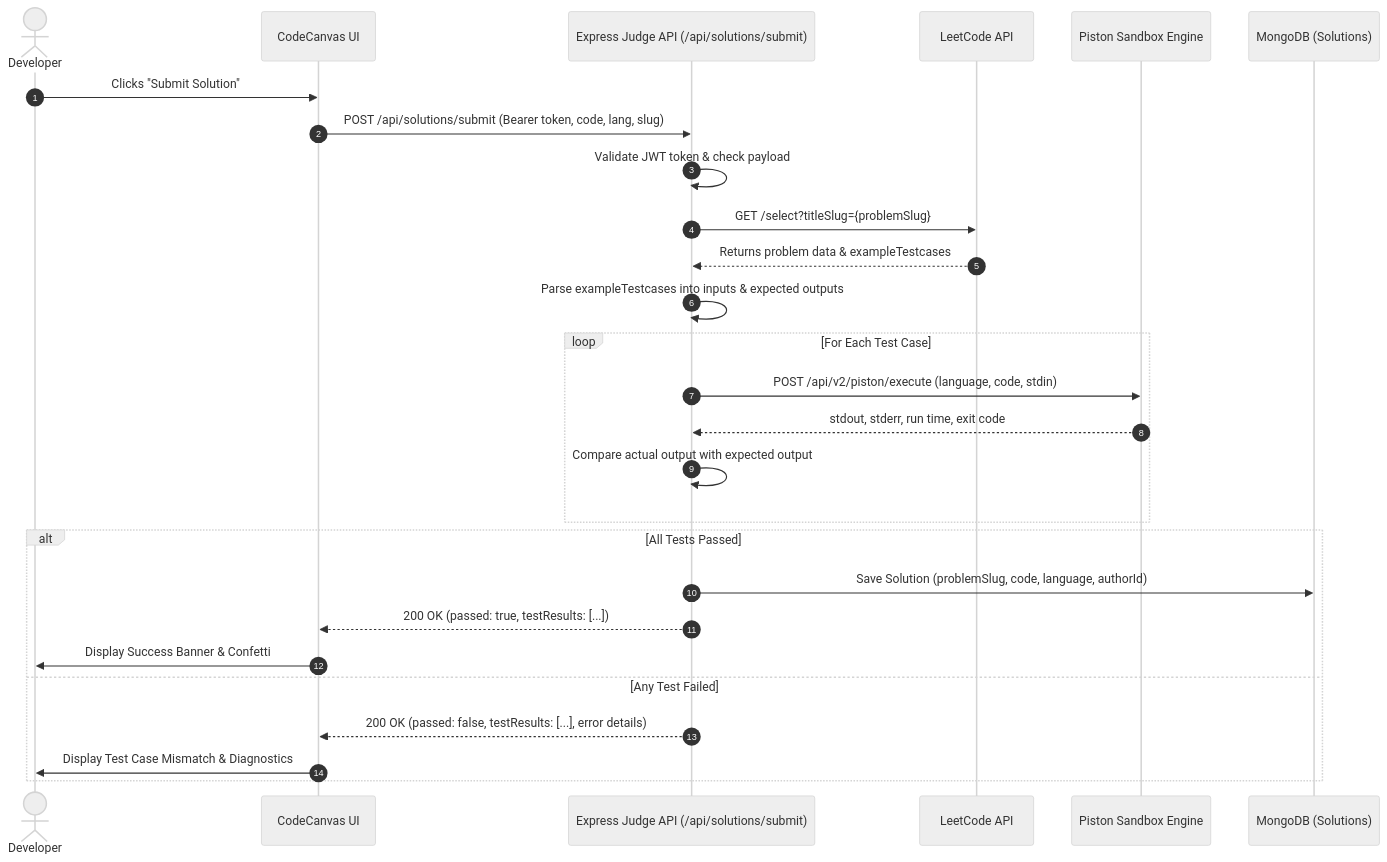
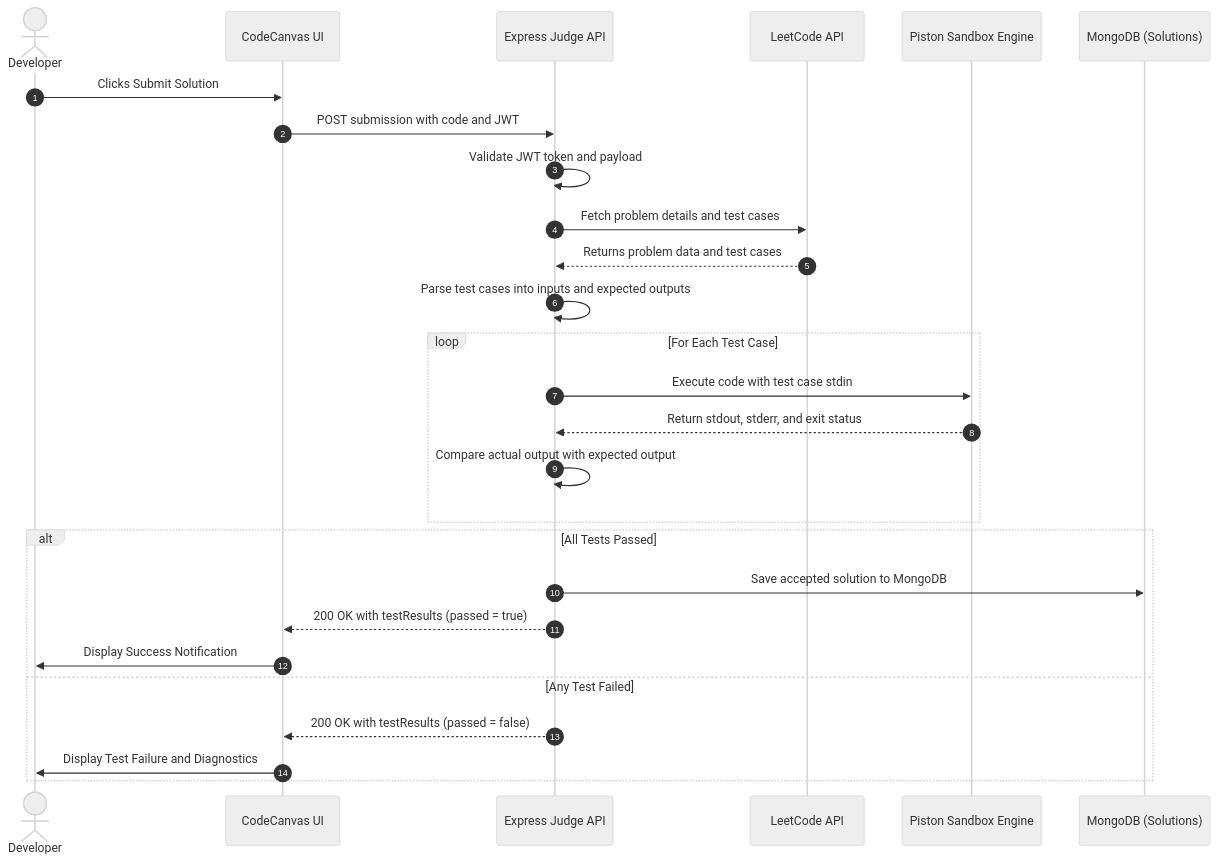
Before and after one commit to 2804Chaitanya/Code_Canvas: the third of 3 diagrams in README.md, drawn with Mermaid (neutral theme). The commit also changed other lines of this file, not shown here.

Commit message:
fix(docs): resolve Mermaid syntax and subgraph edge parsing in system architecture

````diff
--- a/README.md
+++ b/README.md
@@ -183,32 +180,32 @@
 ```mermaid
 sequenceDiagram
     autonumber
     actor User as Developer
     participant UI as CodeCanvas UI
-    participant Backend as Express Judge API (/api/solutions/submit)
+    participant Backend as Express Judge API
     participant LeetCode as LeetCode API
     participant Piston as Piston Sandbox Engine
     participant DB as MongoDB (Solutions)
 
-    User->>UI: Clicks "Submit Solution"
-    UI->>Backend: POST /api/solutions/submit (Bearer token, code, lang, slug)
-    Backend->>Backend: Validate JWT token & check payload
-    Backend->>LeetCode: GET /select?titleSlug={problemSlug}
-    LeetCode-->>Backend: Returns problem data & exampleTestcases
-    Backend->>Backend: Parse exampleTestcases into inputs & expected outputs
-    
+    User->>UI: Clicks Submit Solution
+    UI->>Backend: POST submission with code and JWT
+    Backend->>Backend: Validate JWT token and payload
+    Backend->>LeetCode: Fetch problem details and test cases
+    LeetCode-->>Backend: Returns problem data and test cases
+    Backend->>Backend: Parse test cases into inputs and expected outputs
+
     loop For Each Test Case
-        Backend->>Piston: POST /api/v2/piston/execute (language, code, stdin)
-        Piston-->>Backend: stdout, stderr, run time, exit code
+        Backend->>Piston: Execute code with test case stdin
+        Piston-->>Backend: Return stdout, stderr, and exit status
         Backend->>Backend: Compare actual output with expected output
     end
 
     alt All Tests Passed
-        Backend->>DB: Save Solution (problemSlug, code, language, authorId)
-        Backend-->>UI: 200 OK (passed: true, testResults: [...])
-        UI->>User: Display Success Banner & Confetti
+        Backend->>DB: Save accepted solution to MongoDB
+        Backend-->>UI: 200 OK with testResults (passed = true)
+        UI->>User: Display Success Notification
     else Any Test Failed
-        Backend-->>UI: 200 OK (passed: false, testResults: [...], error details)
-        UI->>User: Display Test Case Mismatch & Diagnostics
+        Backend-->>UI: 200 OK with testResults (passed = false)
+        UI->>User: Display Test Failure and Diagnostics
     end
 ```
````
